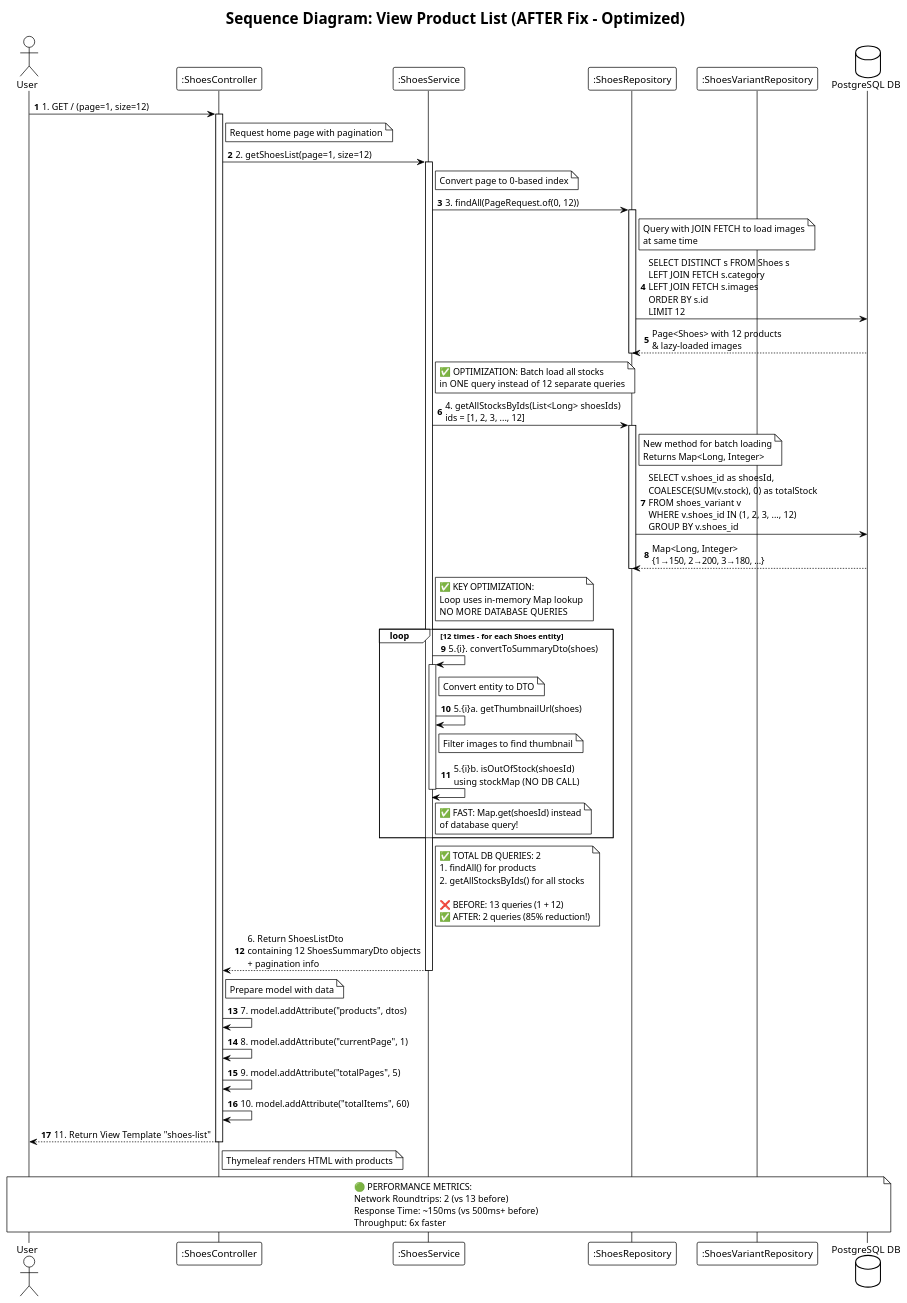
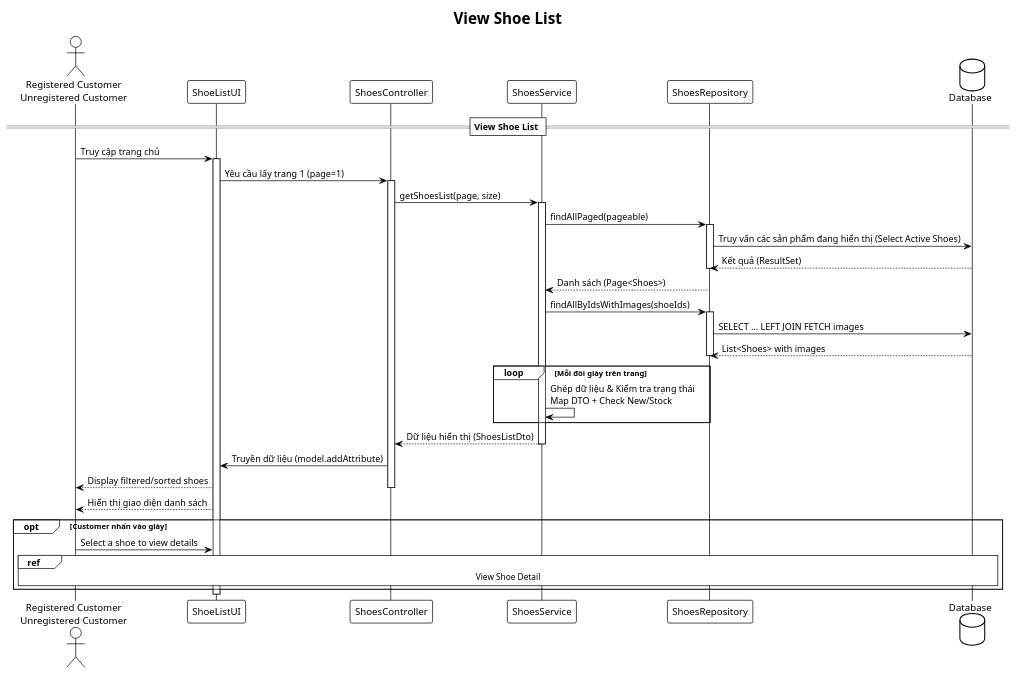
Before and after one commit to AiNguyen2014/SoftwareEngineeringProject: the diagram in diagrams/01_ViewShoeList_Sequence.puml, drawn with PlantUML. The commit also changed 8 other files, not shown here.

Commit message:
Hiển thị giày có id lớn nhất lên đầu

```diff
--- a/diagrams/01_ViewShoeList_Sequence.puml
+++ b/diagrams/01_ViewShoeList_Sequence.puml
@@ -1,76 +1,59 @@
 @startuml ViewShoeList_Sequence
 !theme plain
-autonumber
 
-actor "User" as user
-participant ":ShoesController" as controller
-participant ":ShoesService" as service
-participant ":ShoesRepository" as repo
-participant ":ShoesVariantRepository" as variantRepo
-database "PostgreSQL DB" as db
+title View Shoe List
 
-title Sequence Diagram: View Product List (AFTER Fix - Optimized)
+actor "Registered Customer\nUnregistered Customer" as user
+participant "ShoeListUI" as ui
+participant "ShoesController" as controller
+participant "ShoesService" as service
+participant "ShoesRepository" as repo
+database "Database" as db
 
-user -> controller: 1. GET / (page=1, size=12)
+== View Shoe List ==
+
+user -> ui: Truy cập trang chủ
+activate ui
+
+ui -> controller: Yêu cầu lấy trang 1 (page=1)
 activate controller
-    note right of controller: Request home page with pagination
 
-    controller -> service: 2. getShoesList(page=1, size=12)
-    activate service
-        note right of service: Convert page to 0-based index
-        
-        service -> repo: 3. findAll(PageRequest.of(0, 12))
-        activate repo
-            note right of repo: Query with JOIN FETCH to load images\nat same time
-            repo -> db: SELECT DISTINCT s FROM Shoes s\nLEFT JOIN FETCH s.category\nLEFT JOIN FETCH s.images\nORDER BY s.id\nLIMIT 12
-            db --> repo: Page<Shoes> with 12 products\n& lazy-loaded images
-        deactivate repo
-        
-        note right of service: ✅ OPTIMIZATION: Batch load all stocks\nin ONE query instead of 12 separate queries
-        
-        service -> repo: 4. getAllStocksByIds(List<Long> shoesIds)\nids = [1, 2, 3, ..., 12]
-        activate repo
-            note right of repo: New method for batch loading\nReturns Map<Long, Integer>
-            repo -> db: SELECT v.shoes_id as shoesId,\nCOALESCE(SUM(v.stock), 0) as totalStock\nFROM shoes_variant v\nWHERE v.shoes_id IN (1, 2, 3, ..., 12)\nGROUP BY v.shoes_id
-            db --> repo: Map<Long, Integer>\n{1→150, 2→200, 3→180, ...}
-        deactivate repo
-        
-        note right of service: ✅ KEY OPTIMIZATION:\nLoop uses in-memory Map lookup\nNO MORE DATABASE QUERIES
-        
-        loop 12 times - for each Shoes entity
-            service -> service: 5.{i}. convertToSummaryDto(shoes)
-            activate service
-                note right of service: Convert entity to DTO
-                service -> service: 5.{i}a. getThumbnailUrl(shoes)
-                note right of service: Filter images to find thumbnail
-                
-                service -> service: 5.{i}b. isOutOfStock(shoesId)\nusing stockMap (NO DB CALL)
-                note right of service: ✅ FAST: Map.get(shoesId) instead\nof database query!
-            deactivate service
-        end
-        
-        note right of service: ✅ TOTAL DB QUERIES: 2\n1. findAll() for products\n2. getAllStocksByIds() for all stocks\n\n❌ BEFORE: 13 queries (1 + 12)\n✅ AFTER: 2 queries (85% reduction!)
+controller -> service: getShoesList(page, size)
+activate service
 
-    service --> controller: 6. Return ShoesListDto\ncontaining 12 ShoesSummaryDto objects\n+ pagination info
-    deactivate service
-    
-    note right of controller: Prepare model with data
+service -> repo: findAllPaged(pageable)
+activate repo
+repo -> db: Truy vấn các sản phẩm đang hiển thị (Select Active Shoes)
+db --> repo: Kết quả (ResultSet)
+deactivate repo
 
-    controller -> controller: 7. model.addAttribute("products", dtos)
-    controller -> controller: 8. model.addAttribute("currentPage", 1)
-    controller -> controller: 9. model.addAttribute("totalPages", 5)
-    controller -> controller: 10. model.addAttribute("totalItems", 60)
-    
-    controller --> user: 11. Return View Template "shoes-list"
-    note right of controller: Thymeleaf renders HTML with products
+repo --> service: Danh sách (Page<Shoes>)
 
+service -> repo: findAllByIdsWithImages(shoeIds)
+activate repo
+repo -> db: SELECT ... LEFT JOIN FETCH images
+db --> repo: List<Shoes> with images
+deactivate repo
+
+loop Mỗi đôi giày trên trang
+    service -> service: Ghép dữ liệu & Kiểm tra trạng thái\nMap DTO + Check New/Stock
+end
+
+service --> controller: Dữ liệu hiển thị (ShoesListDto)
+deactivate service
+
+controller -> ui: Truyền dữ liệu (model.addAttribute)
+
+ui --> user: Display filtered/sorted shoes
 deactivate controller
 
-note over user, db
-    🟢 PERFORMANCE METRICS:
-    Network Roundtrips: 2 (vs 13 before)
-    Response Time: ~150ms (vs 500ms+ before)
-    Throughput: 6x faster
-end note
+ui --> user: Hiển thị giao diện danh sách
+
+opt Customer nhấn vào giày
+    user -> ui: Select a shoe to view details
+    ref over user, db: View Shoe Detail
+end
+
+deactivate ui
 
 @enduml
```
